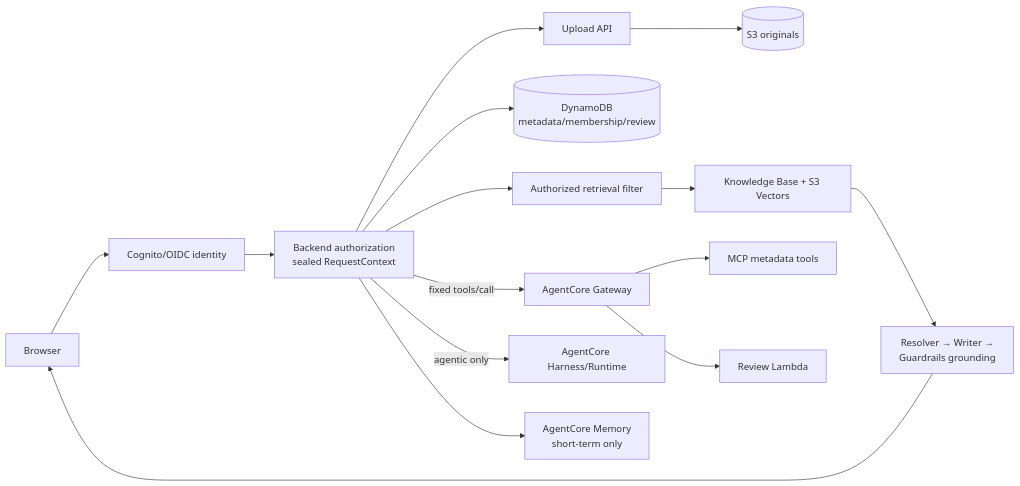
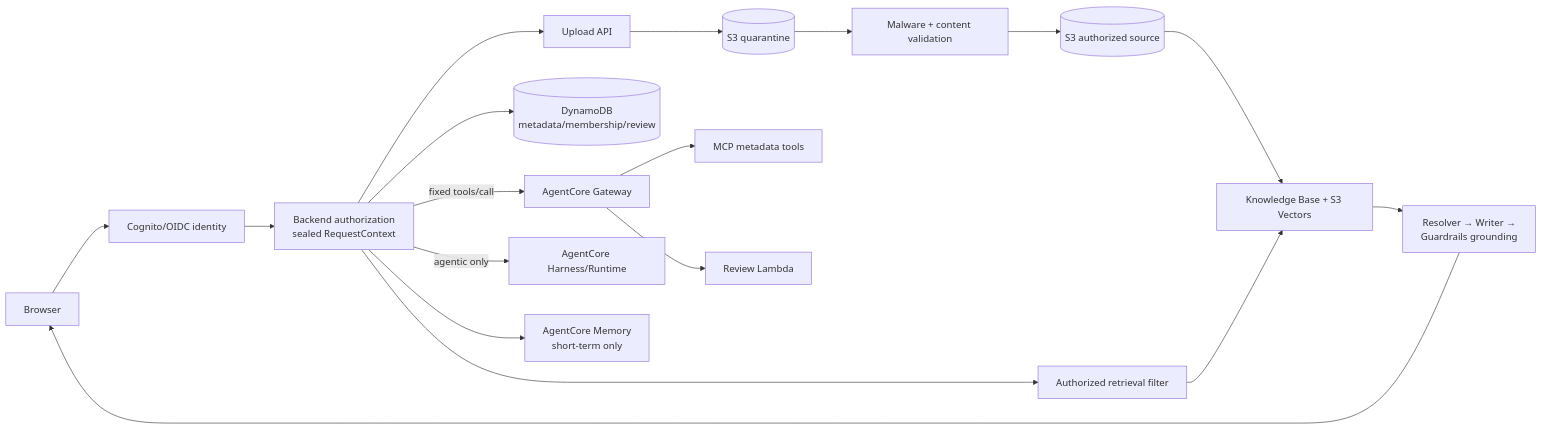
The diagram in README.md (herrerogusano/LegalDesk), drawn with Mermaid before and after one commit. The commit also changed other lines of this file and 3 other files, not shown here.

````diff
--- a/README.md
+++ b/README.md
@@ -27,17 +27,20 @@
 ```mermaid
 flowchart LR
   B[Browser] --> I[Cognito/OIDC identity]
   I --> A[Backend authorization\nsealed RequestContext]
   A --> U[Upload API]
-  U --> S3[(S3 originals)]
+  U --> Z[(S3 quarantine)]
+  Z --> V[Malware + content validation]
+  V --> S3[(S3 authorized source)]
   A --> D[(DynamoDB\nmetadata/membership/review)]
   A --> R[Authorized retrieval filter]
-  R --> KB[Knowledge Base + S3 Vectors]
+  S3 --> KB[Knowledge Base + S3 Vectors]
+  R --> KB
   KB --> Q[Resolver → Writer →\nGuardrails grounding]
   Q --> B
   A -->|fixed tools/call| GW[AgentCore Gateway]
   GW --> MCP[MCP metadata tools]
   GW --> L[Review Lambda]
   A -->|agentic only| H[AgentCore Harness/Runtime]
   A --> M[AgentCore Memory\nshort-term only]
 ```
````
